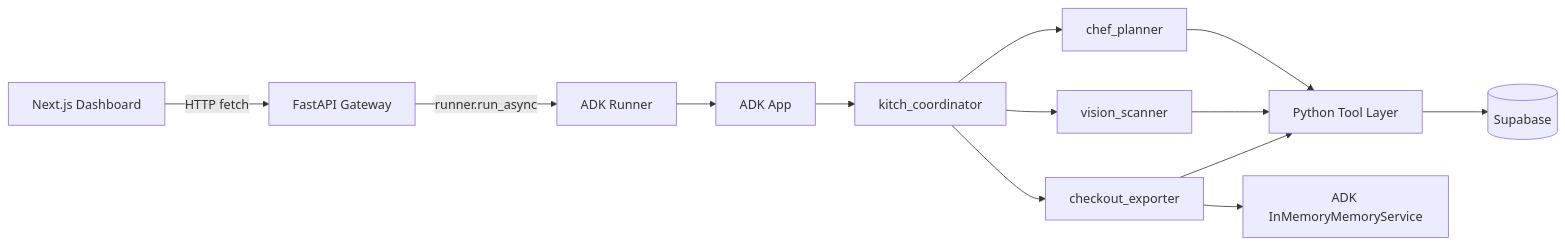
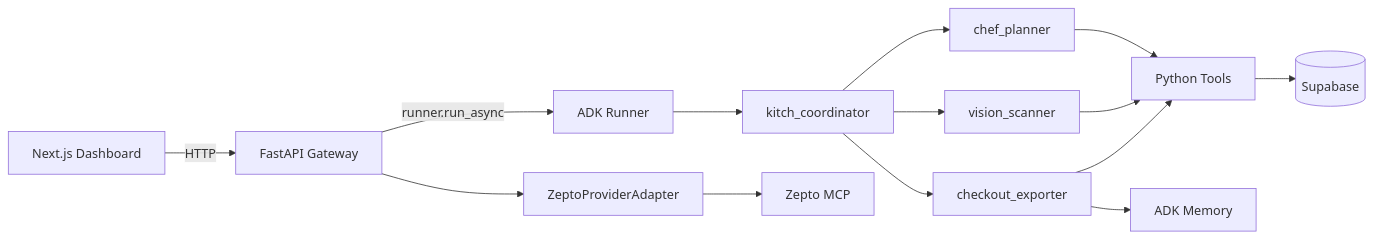
One commit to architworks/meal_and_grocery_agent changed the diagram in docs/current_architecture.md. Above: the diagram before and after it, drawn with Mermaid. The commit also changed other lines of this file and 16 other files, not shown here.

First line of the commit message:
Implement native grocery cart and Zepto MCP sync flow

````diff
--- a/docs/current_architecture.md
+++ b/docs/current_architecture.md
@@ -31,15 +13,16 @@
 ```mermaid
 flowchart LR
-    Frontend[Next.js Dashboard] -->|HTTP fetch| API[FastAPI Gateway]
+    Frontend[Next.js Dashboard] -->|HTTP| API[FastAPI Gateway]
     API -->|runner.run_async| Runner[ADK Runner]
-    Runner --> App[ADK App]
-    App --> Coordinator[kitch_coordinator]
+    Runner --> Coordinator[kitch_coordinator]
     Coordinator --> Chef[chef_planner]
     Coordinator --> Vision[vision_scanner]
     Coordinator --> Checkout[checkout_exporter]
-    Chef --> Tools[Python Tool Layer]
+    Chef --> Tools[Python Tools]
     Vision --> Tools
     Checkout --> Tools
     Tools --> Supabase[(Supabase)]
-    Checkout --> Memory[ADK InMemoryMemoryService]
+    Checkout --> Memory[ADK Memory]
+    API --> Zepto[ZeptoProviderAdapter]
+    Zepto --> ZeptoMCP[Zepto MCP]
 ```
````
